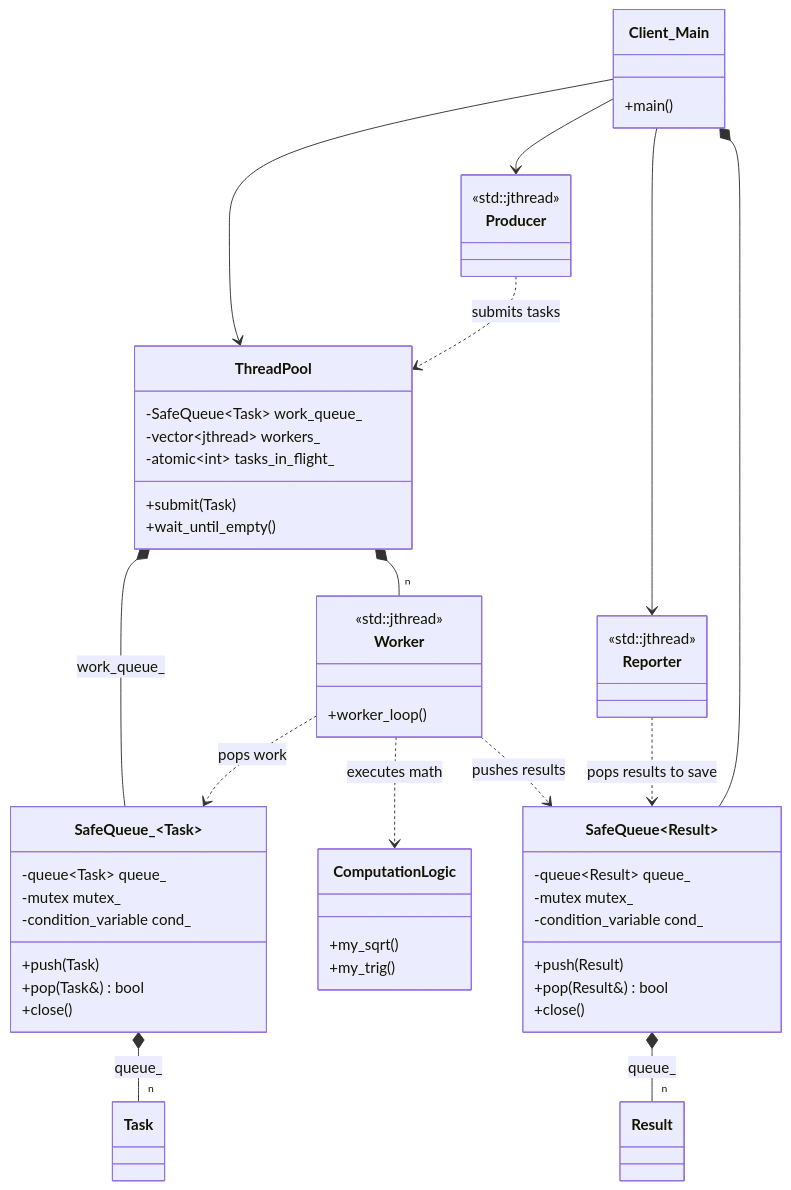
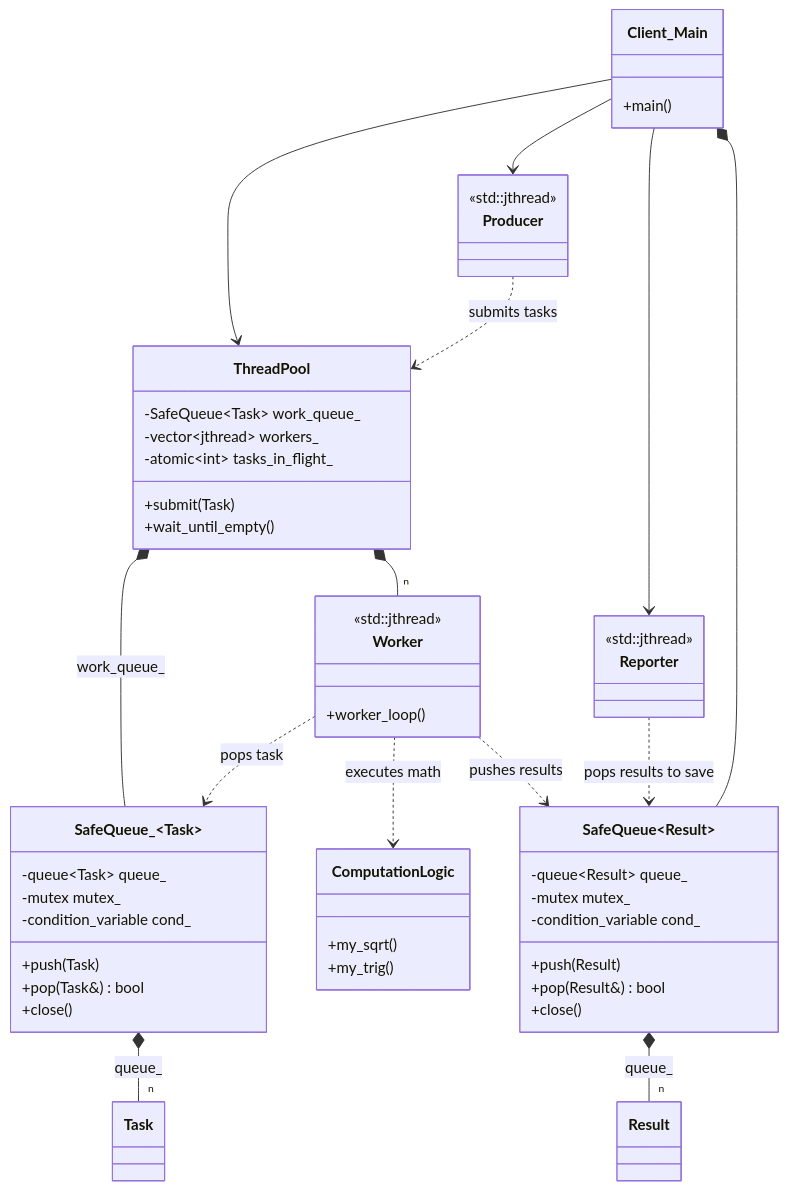
One commit to MarioGalindoQ/Modern-CPP-Design-Patterns changed the diagram in 34_ThreadPool/README.md. Above: the diagram before and after it, drawn with Mermaid. The commit also changed 1 other file, not shown here.

Commit message:
Improve UML

````diff
--- a/34_ThreadPool/README.md
+++ b/34_ThreadPool/README.md
@@ -70,79 +70,79 @@
 ```mermaid
 classDiagram
    class SafeQueue_~Task~ {
       -queue~Task~ queue_
       -mutex mutex_
       -condition_variable cond_
       +push(Task)
       +pop(Task&) bool
       +close()
    }
 
    class SafeQueue~Result~ {
       -queue~Result~ queue_
       -mutex mutex_
       -condition_variable cond_
       +push(Result)
       +pop(Result&) bool
       +close()
    }
 
    class ThreadPool {
       -SafeQueue~Task~ work_queue_
       -vector~jthread~ workers_
       -atomic~int~ tasks_in_flight_
       +submit(Task)
       +wait_until_empty()
    }
 
    class Worker {
       <<std::jthread>>
       +worker_loop()
    }
 
    class Result {
    }
 
    class Task {
    }
 
    class Client_Main {
       +main()
    }
 
    class Producer {
       <<std::jthread>>
    }
 
    class Reporter {
       <<std::jthread>>
    }
 
    class ComputationLogic {
       +my_sqrt()
       +my_trig()
    }
 
    %% The Pool owns its internal components
    ThreadPool *-- SafeQueue_~Task~ : work_queue_
    ThreadPool *-- "n" Worker
 
    %% Tasks in SafeQueue~Task~
    SafeQueue_~Task~ *-- "n" Task : queue_
 
    %% Results in SafeQueue~Result~
    SafeQueue~Result~ *-- "n" Result : queue_
 
    %% The Client (Main) creates the high-level infrastructure
    Client_Main --> ThreadPool
    Client_Main --> Producer
    Client_Main --> Reporter
    Client_Main *-- SafeQueue~Result~
 
    %% Operational dependencies
    Producer ..> ThreadPool : submits tasks
-   Worker ..> SafeQueue_~Task~ : pops work
+   Worker ..> SafeQueue_~Task~ : pops task
    Worker ..> ComputationLogic : executes math
    Worker ..> SafeQueue~Result~ : pushes results
    Reporter ..> SafeQueue~Result~ : pops results to save
 ```
````
